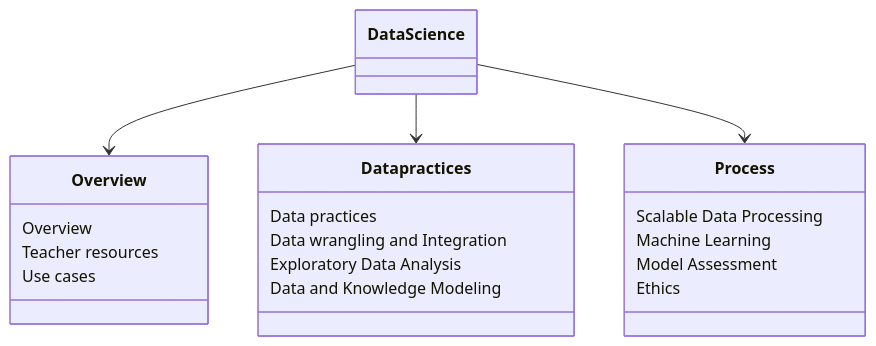
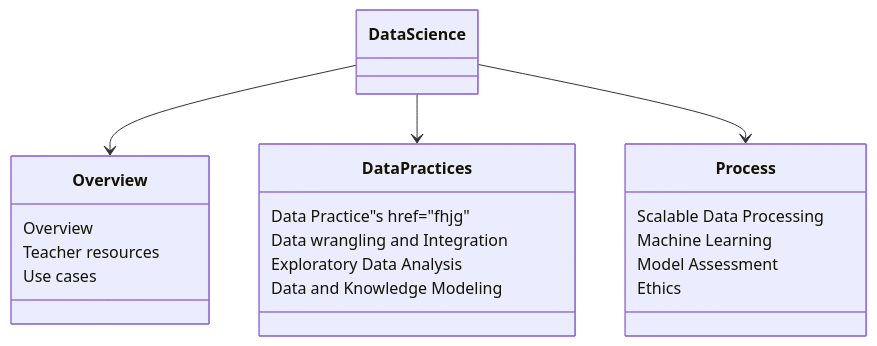
Before and after one commit to seb98mm/test: the first of 3 diagrams in topology.md, drawn with Mermaid.

````diff
--- a/topology.md
+++ b/topology.md
@@ -1,18 +1,26 @@
 ```mermaid
 classDiagram
     DataScience --> Overview
-    DataScience --> Data practices
+    DataScience --> Data Practices
     DataScience --> Process
-    Overview : Overview
-    Overview : Teacher resources
-    Overview : Use cases
-    Data practices : Data practices
-    Data practices : Data wrangling and Integration
-    Data practices : Exploratory Data Analysis
-    Data practices : Data and Knowledge Modeling
-    Process : Scalable Data Processing
-    Process : Machine Learning
-    Process : Model Assessment
-    Process : Ethics
+
+    class Overview{
+    Overview
+    Teacher resources
+    Use cases
+    }
+
+    class  Data Practices{
+    Data Practice"s href="fhjg"
+    Data wrangling and Integration
+    Exploratory Data Analysis
+    Data and Knowledge Modeling
+    }
+class  Process{
+    Scalable Data Processing
+    Machine Learning
+    Model Assessment
+    Ethics
+}
     
 ```
````
